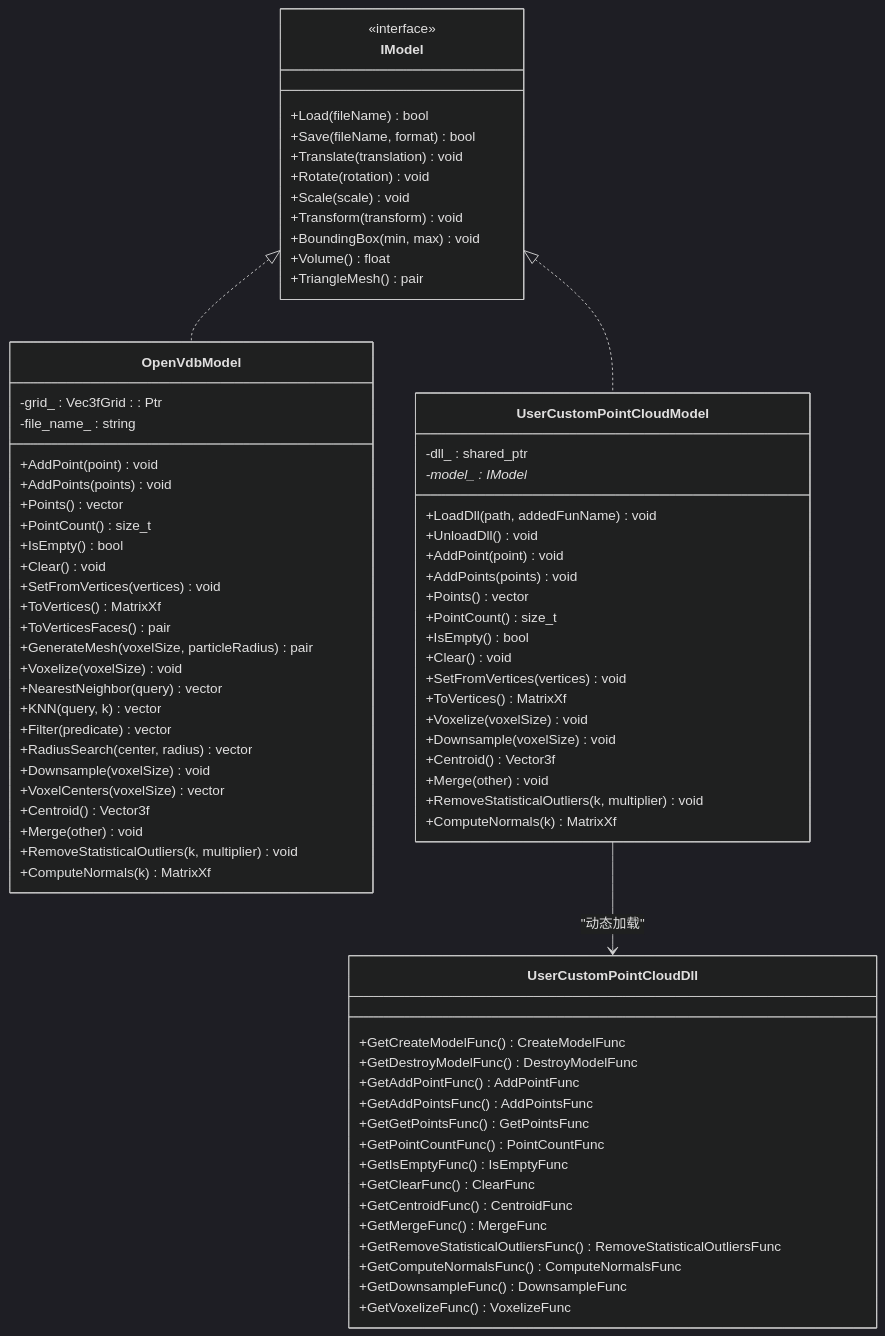
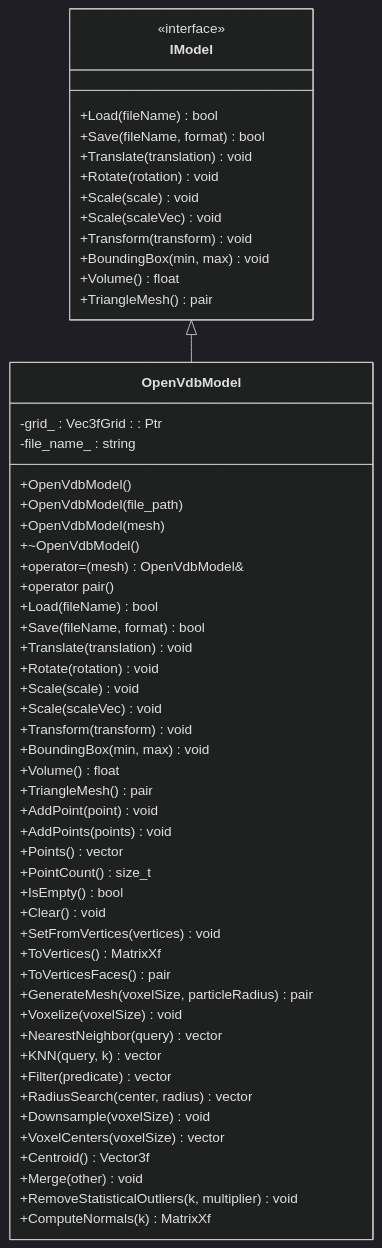
One commit to hsmbanlance/HsBaSlicer changed the second of 8 diagrams in .qoder/repowiki/zh/content/核心概念/模型抽象接口/点云模型实现.md. Above: the diagram before and after it, drawn with Mermaid (dark theme). The commit also changed other lines of this file and 1135 other files, not shown here.

````diff
--- a/.qoder/repowiki/zh/content/核心概念/模型抽象接口/点云模型实现.md
+++ b/.qoder/repowiki/zh/content/核心概念/模型抽象接口/点云模型实现.md
@@ -90,79 +76,58 @@
 ```mermaid
 classDiagram
 class IModel {
 <<interface>>
 +Load(fileName) bool
 +Save(fileName, format) bool
 +Translate(translation) void
 +Rotate(rotation) void
 +Scale(scale) void
++Scale(scaleVec) void
 +Transform(transform) void
 +BoundingBox(min, max) void
 +Volume() float
 +TriangleMesh() pair
 }
 class OpenVdbModel {
 -grid_ : Vec3fGrid : : Ptr
 -file_name_ : string
++OpenVdbModel()
++OpenVdbModel(file_path)
++OpenVdbModel(mesh)
++~OpenVdbModel()
++operator=(mesh) OpenVdbModel&
++operator pair()
++Load(fileName) bool
++Save(fileName, format) bool
++Translate(translation) void
++Rotate(rotation) void
++Scale(scale) void
++Scale(scaleVec) void
++Transform(transform) void
++BoundingBox(min, max) void
++Volume() float
++TriangleMesh() pair
 +AddPoint(point) void
 +AddPoints(points) void
 +Points() vector
 +PointCount() size_t
 +IsEmpty() bool
 +Clear() void
 +SetFromVertices(vertices) void
 +ToVertices() MatrixXf
 +ToVerticesFaces() pair
 +GenerateMesh(voxelSize, particleRadius) pair
 +Voxelize(voxelSize) void
 +NearestNeighbor(query) vector
 +KNN(query, k) vector
 +Filter(predicate) vector
 +RadiusSearch(center, radius) vector
 +Downsample(voxelSize) void
 +VoxelCenters(voxelSize) vector
 +Centroid() Vector3f
 +Merge(other) void
 +RemoveStatisticalOutliers(k, multiplier) void
 +ComputeNormals(k) MatrixXf
 }
-class UserCustomPointCloudModel {
--dll_ : shared_ptr<UserCustomPointCloudDll>
--model_ : IModel*
-+LoadDll(path, addedFunName) void
-+UnloadDll() void
-+AddPoint(point) void
-+AddPoints(points) void
-+Points() vector
-+PointCount() size_t
-+IsEmpty() bool
-+Clear() void
-+SetFromVertices(vertices) void
-+ToVertices() MatrixXf
-+Voxelize(voxelSize) void
-+Downsample(voxelSize) void
-+Centroid() Vector3f
-+Merge(other) void
-+RemoveStatisticalOutliers(k, multiplier) void
-+ComputeNormals(k) MatrixXf
-}
-class UserCustomPointCloudDll {
-+GetCreateModelFunc() CreateModelFunc
-+GetDestroyModelFunc() DestroyModelFunc
-+GetAddPointFunc() AddPointFunc
-+GetAddPointsFunc() AddPointsFunc
-+GetGetPointsFunc() GetPointsFunc
-+GetPointCountFunc() PointCountFunc
-+GetIsEmptyFunc() IsEmptyFunc
-+GetClearFunc() ClearFunc
-+GetCentroidFunc() CentroidFunc
-+GetMergeFunc() MergeFunc
-+GetRemoveStatisticalOutliersFunc() RemoveStatisticalOutliersFunc
-+GetComputeNormalsFunc() ComputeNormalsFunc
-+GetDownsampleFunc() DownsampleFunc
-+GetVoxelizeFunc() VoxelizeFunc
-}
-IModel <|.. OpenVdbModel
-IModel <|.. UserCustomPointCloudModel
-UserCustomPointCloudModel --> UserCustomPointCloudDll : "动态加载"
+IModel <|-- OpenVdbModel
 ```
````
